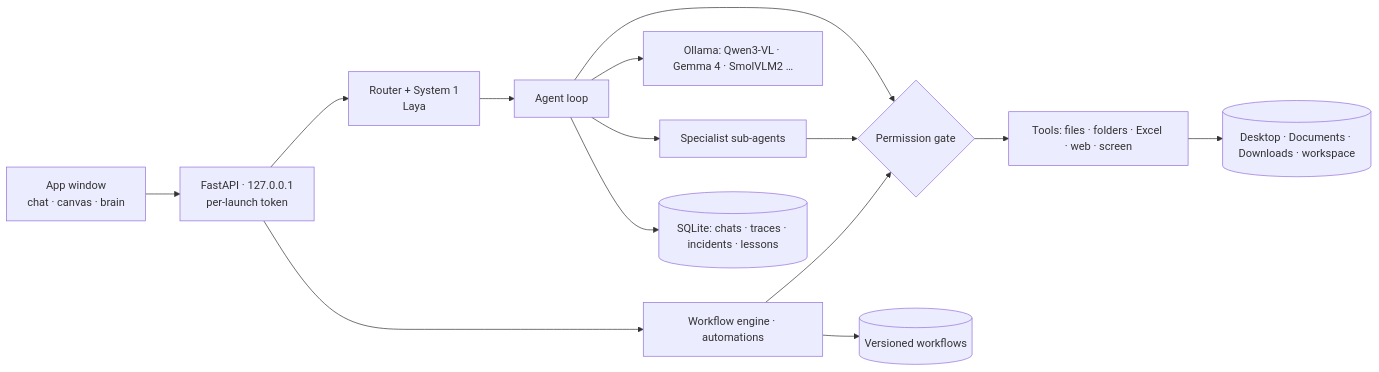
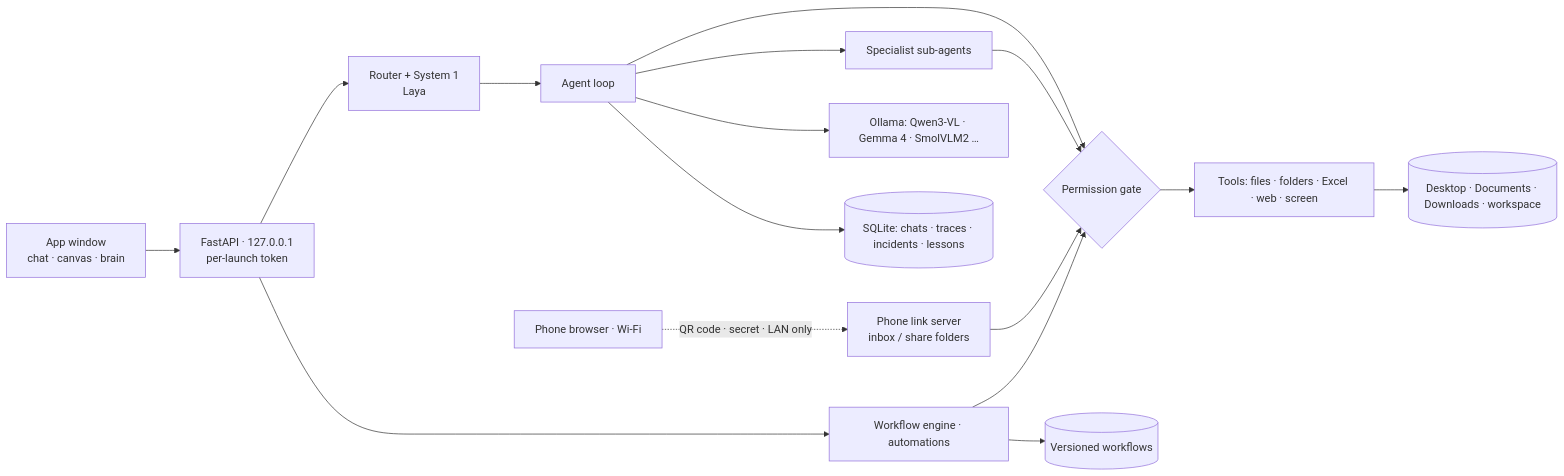
The first of 2 diagrams in README.md (Bakulesh1Codes108/nestcrew), drawn with Mermaid before and after one commit. The commit also changed other lines of this file and 12 other files, not shown here.

First line of the commit message:
Phone link over Wi-Fi and Bluetooth; usage guide

````diff
--- a/README.md
+++ b/README.md
@@ -30,13 +32,14 @@
 ```mermaid
 flowchart LR
     UI[App window<br/>chat · canvas · brain] --> S[FastAPI · 127.0.0.1<br/>per-launch token]
     S --> R[Router + System 1<br/>Laya]
     R --> A[Agent loop] --> G{Permission gate}
     A --> D[Specialist sub-agents] --> G
     G --> T[Tools: files · folders · Excel · web · screen]
     T --> FS[(Desktop · Documents · Downloads · workspace)]
     A --> O[Ollama: Qwen3-VL · Gemma 4 · SmolVLM2 …]
     S --> W[Workflow engine · automations] --> G
+    P[Phone browser · Wi-Fi] -. QR code · secret · LAN only .-> L[Phone link server<br/>inbox / share folders] --> G
     A --> DB[(SQLite: chats · traces · incidents · lessons)]
     W --> V[(Versioned workflows)]
 ```
````
